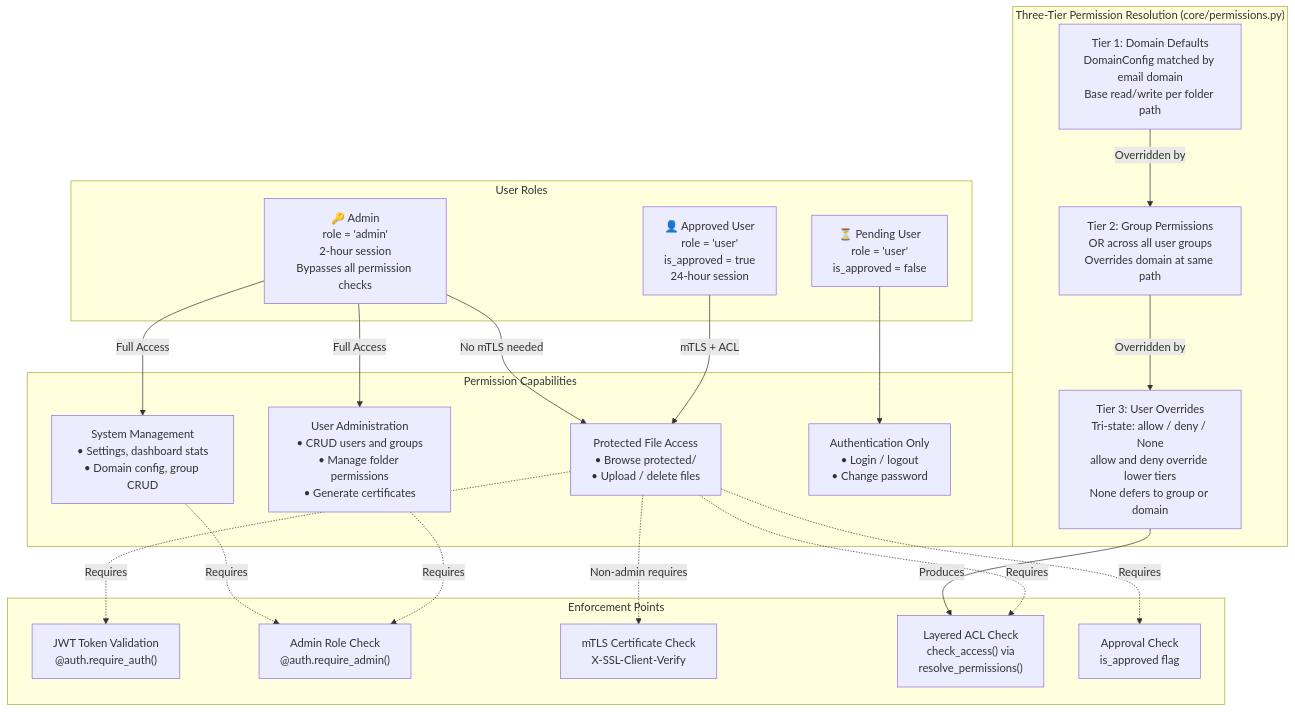
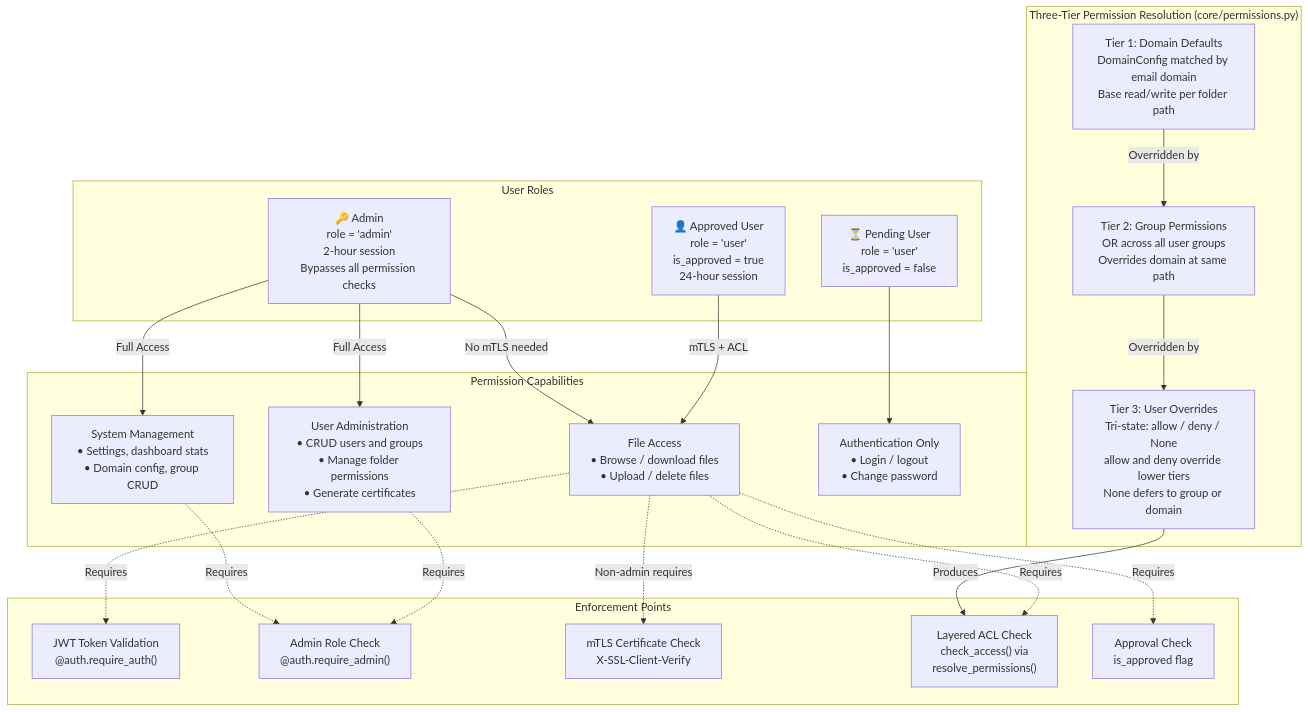
One commit to andreas-04/thumbs-up changed the third of 8 diagrams in docs/diagrams.md. Above: the diagram before and after it, drawn with Mermaid. The commit also changed other lines of this file, not shown here.

First line of the commit message:
Remove protected/unprotected file distinction from diagrams

````diff
--- a/docs/diagrams.md
+++ b/docs/diagrams.md
@@ -146,48 +143,48 @@
 ```mermaid
 graph TB
     subgraph Roles["User Roles"]
         Admin["🔑 Admin<br/>role = 'admin'<br/>2-hour session<br/>Bypasses all permission checks"]
         ApprovedUser["👤 Approved User<br/>role = 'user'<br/>is_approved = true<br/>24-hour session"]
         PendingUser["⏳ Pending User<br/>role = 'user'<br/>is_approved = false"]
     end
 
     subgraph PermTiers["Three-Tier Permission Resolution (core/permissions.py)"]
         Tier1["Tier 1: Domain Defaults<br/>DomainConfig matched by email domain<br/>Base read/write per folder path"]
         Tier2["Tier 2: Group Permissions<br/>OR across all user groups<br/>Overrides domain at same path"]
         Tier3["Tier 3: User Overrides<br/>Tri-state: allow / deny / None<br/>allow and deny override lower tiers<br/>None defers to group or domain"]
     end
 
     subgraph Capabilities["Permission Capabilities"]
         SysMgmt["System Management<br/>• Settings, dashboard stats<br/>• Domain config, group CRUD"]
         UserAdmin["User Administration<br/>• CRUD users and groups<br/>• Manage folder permissions<br/>• Generate certificates"]
-        ProtectedFiles["Protected File Access<br/>• Browse protected/<br/>• Upload / delete files"]
+        FileAccess["File Access<br/>• Browse / download files<br/>• Upload / delete files"]
         AuthOnly["Authentication Only<br/>• Login / logout<br/>• Change password"]
     end
 
     subgraph Enforcement["Enforcement Points"]
         JWTCheck["JWT Token Validation<br/>@auth.require_auth()"]
         AdminCheck["Admin Role Check<br/>@auth.require_admin()"]
         mTLSCheck["mTLS Certificate Check<br/>X-SSL-Client-Verify"]
         ACLCheck["Layered ACL Check<br/>check_access() via<br/>resolve_permissions()"]
         ApprovalCheck["Approval Check<br/>is_approved flag"]
     end
 
     Admin -->|"Full Access"| SysMgmt
     Admin -->|"Full Access"| UserAdmin
-    Admin -->|"No mTLS needed"| ProtectedFiles
+    Admin -->|"No mTLS needed"| FileAccess
 
-    ApprovedUser -->|"mTLS + ACL"| ProtectedFiles
+    ApprovedUser -->|"mTLS + ACL"| FileAccess
 
     PendingUser --> AuthOnly
 
     Tier1 -->|"Overridden by"| Tier2
     Tier2 -->|"Overridden by"| Tier3
     Tier3 -->|"Produces"| ACLCheck
 
     SysMgmt -.->|"Requires"| AdminCheck
     UserAdmin -.->|"Requires"| AdminCheck
-    ProtectedFiles -.->|"Requires"| JWTCheck
-    ProtectedFiles -.->|"Non-admin requires"| mTLSCheck
-    ProtectedFiles -.->|"Requires"| ACLCheck
-    ProtectedFiles -.->|"Requires"| ApprovalCheck
+    FileAccess -.->|"Requires"| JWTCheck
+    FileAccess -.->|"Non-admin requires"| mTLSCheck
+    FileAccess -.->|"Requires"| ACLCheck
+    FileAccess -.->|"Requires"| ApprovalCheck
 ```
````
